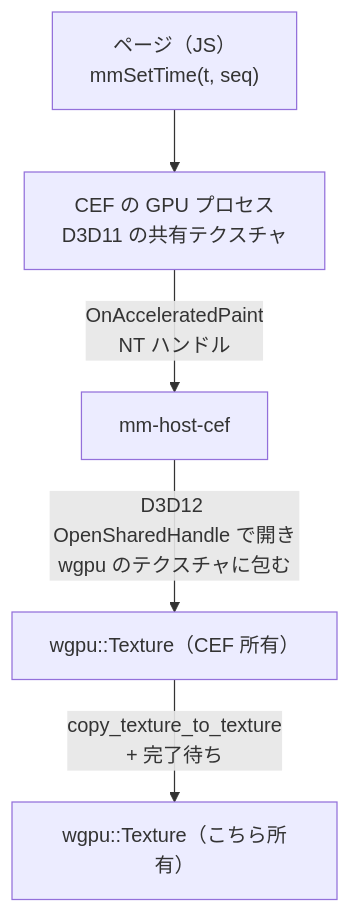
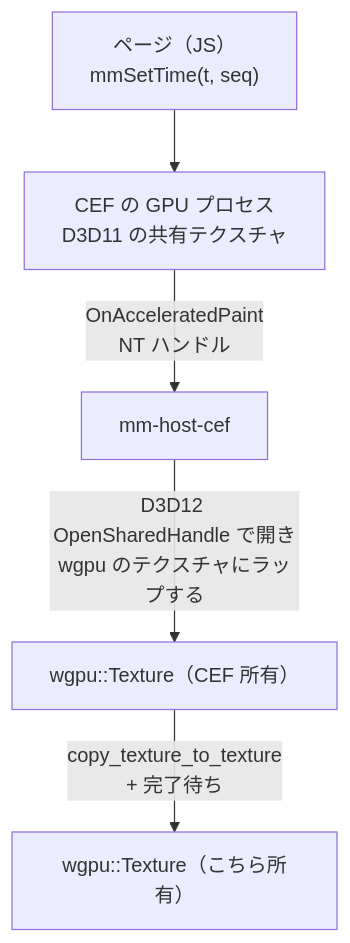
Before and after one commit to Durun/claude-marketplace: the diagram in movie-maker/docs/design/spikes/cef.md, drawn with Mermaid. The commit also changed other lines of this file and 320 other files, not shown here.

````diff
--- a/movie-maker/docs/design/spikes/cef.md
+++ b/movie-maker/docs/design/spikes/cef.md
@@ -26,7 +26,7 @@
 ```mermaid
 flowchart TD
     page["ページ（JS）<br>mmSetTime(t, seq)"] --> gpuproc["CEF の GPU プロセス<br>D3D11 の共有テクスチャ"]
     gpuproc -->|"OnAcceleratedPaint<br>NT ハンドル"| host["mm-host-cef"]
-    host -->|"D3D12 OpenSharedHandle で開き<br>wgpu のテクスチャに包む"| src["wgpu::Texture（CEF 所有）"]
+    host -->|"D3D12 OpenSharedHandle で開き<br>wgpu のテクスチャにラップする"| src["wgpu::Texture（CEF 所有）"]
     src -->|"copy_texture_to_texture<br>+ 完了待ち"| own["wgpu::Texture（こちら所有）"]
 ```
````
